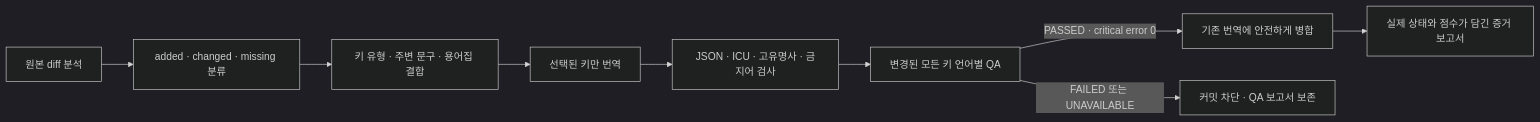
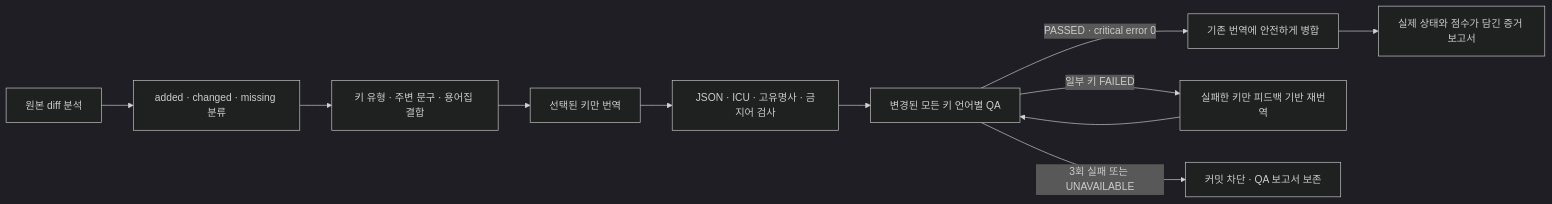
The fourth of 4 diagrams in architecture.md (devcy0922/lingo-agent), drawn with Mermaid (dark theme) before and after one commit. The commit also changed other lines of this file and 3 other files, not shown here.

````diff
--- a/architecture.md
+++ b/architecture.md
@@ -166,11 +166,13 @@
 ```mermaid
 flowchart LR
     Diff["원본 diff 분석"] --> Scope["added · changed · missing 분류"]
     Scope --> Context["키 유형 · 주변 문구 · 용어집 결합"]
     Context --> Translate["선택된 키만 번역"]
     Translate --> Static["JSON · ICU · 고유명사 · 금지어 검사"]
     Static --> Review["변경된 모든 키 언어별 QA"]
     Review -->|"PASSED · critical error 0"| Merge["기존 번역에 안전하게 병합"]
-    Review -->|"FAILED 또는 UNAVAILABLE"| Block["커밋 차단 · QA 보고서 보존"]
+    Review -->|"일부 키 FAILED"| Retry["실패한 키만 피드백 기반 재번역"]
+    Retry --> Review
+    Review -->|"3회 실패 또는 UNAVAILABLE"| Block["커밋 차단 · QA 보고서 보존"]
     Merge --> Report["실제 상태와 점수가 담긴 증거 보고서"]
 ```
````
